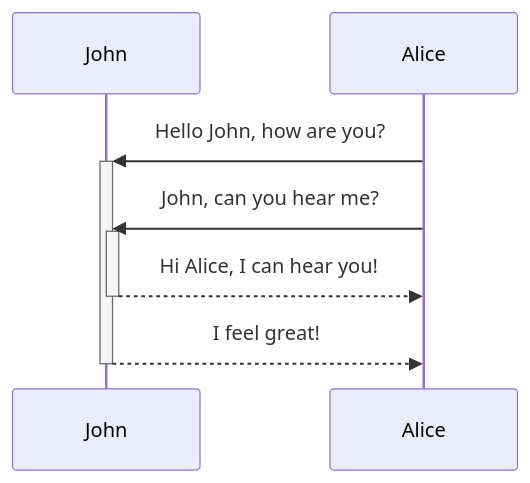
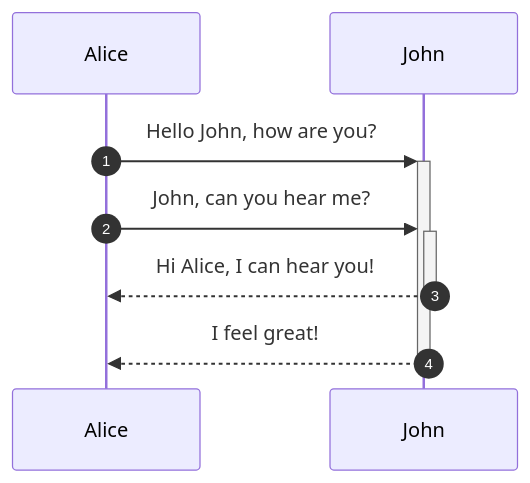
One commit to rnusser/bitsandbobs changed the first of 2 diagrams in README.md. Above: the diagram before and after it, drawn with Mermaid.

Commit message:
Another render test

````diff
--- a/README.md
+++ b/README.md
@@ -8,10 +8,9 @@
 ```mermaid
 sequenceDiagram
-    participant John
-    
+    autonumber
     Alice ->>+ John: Hello John, how are you?
     Alice ->>+ John: John, can you hear me?
     John -->>- Alice: Hi Alice, I can hear you!
     John-->>-Alice: I feel great!
             
 ```
````
